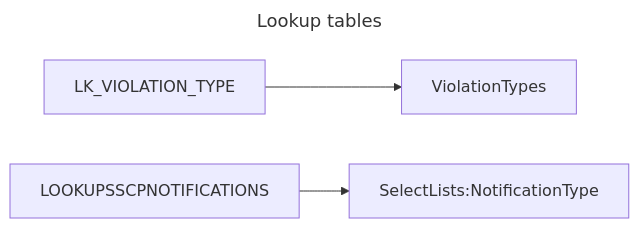
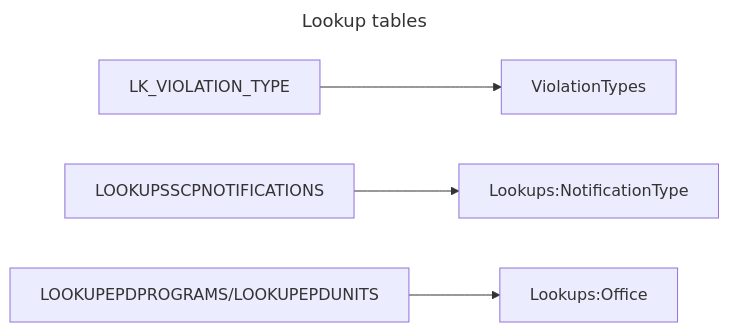
The first of 5 diagrams in data-migration/data-migration-flow.md (gaepdit/air-web), drawn with Mermaid before and after one commit. The commit also changed other lines of this file, not shown here.

````diff
--- a/data-migration/data-migration-flow.md
+++ b/data-migration/data-migration-flow.md
@@ -36,8 +39,9 @@
 ```mermaid
 ---
 title: Lookup tables
 ---
 flowchart LR
     LK_VIOLATION_TYPE --> ViolationTypes
-    LOOKUPSSCPNOTIFICATIONS --> SelectLists:NotificationType
+    LOOKUPSSCPNOTIFICATIONS --> Lookups:NotificationType
+    LOOKUPEPDPROGRAMS/LOOKUPEPDUNITS --> Lookups:Office
 ```
````
